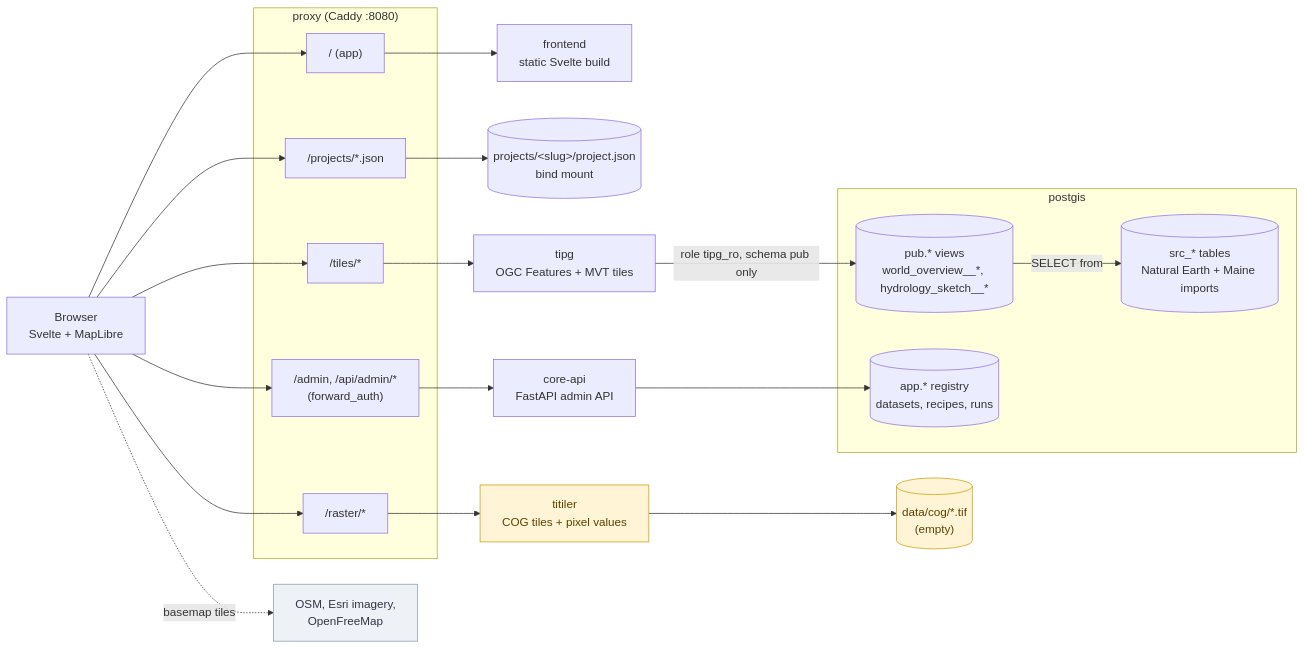
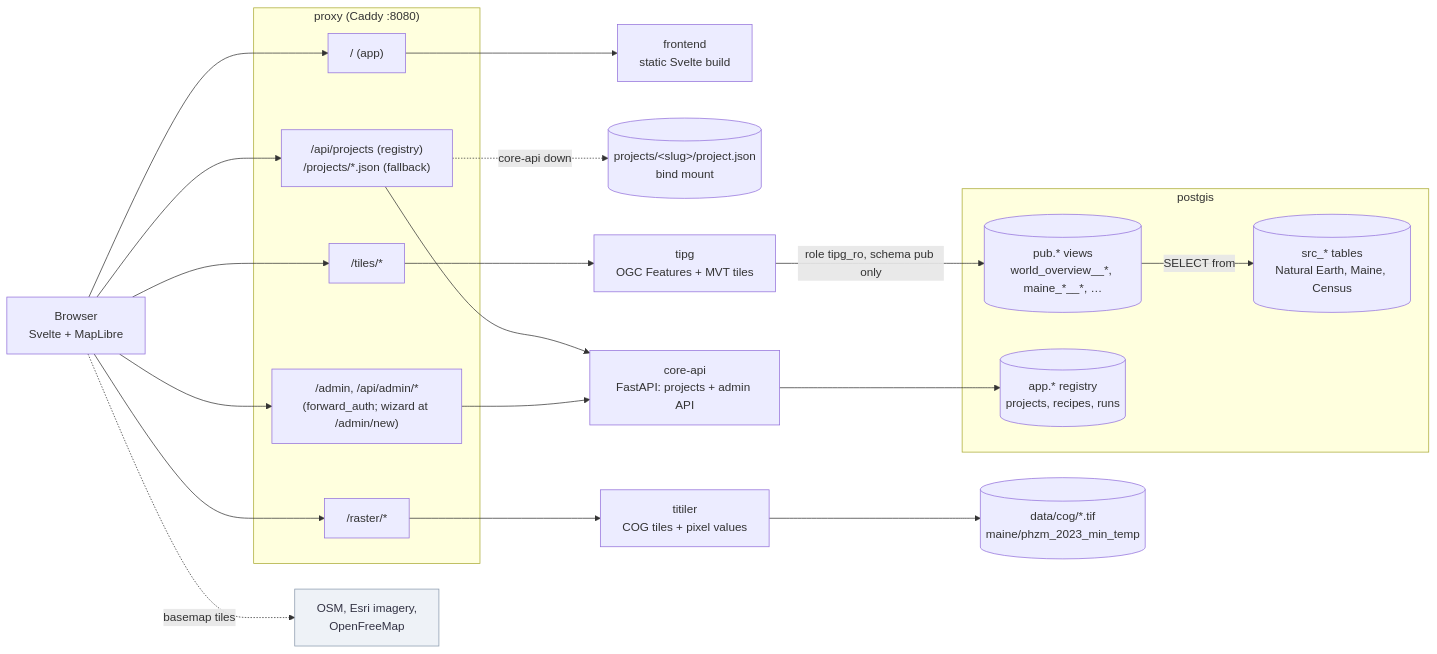
One commit to rwspatial/everything changed the first of 4 diagrams in docs/architecture.md. Above: the diagram before and after it, drawn with Mermaid. The commit also changed other lines of this file and 55 other files, not shown here.

````diff
--- a/docs/architecture.md
+++ b/docs/architecture.md
@@ -17,38 +17,39 @@
 ```mermaid
 flowchart LR
   classDef empty fill:#fff4d6,stroke:#d49a00,color:#5c4200
   classDef ext fill:#eef2f7,stroke:#8a99ad,color:#334
 
   browser["Browser<br/>Svelte + MapLibre"]
 
   subgraph web["proxy (Caddy :8080)"]
     r_app["/ (app)"]
-    r_proj["/projects/*.json"]
+    r_proj["/api/projects (registry)<br/>/projects/*.json (fallback)"]
     r_tiles["/tiles/*"]
     r_raster["/raster/*"]
-    r_admin["/admin, /api/admin/*<br/>(forward_auth)"]
+    r_admin["/admin, /api/admin/*<br/>(forward_auth; wizard at /admin/new)"]
   end
 
   frontend["frontend<br/>static Svelte build"]
   projects[("projects/&lt;slug&gt;/project.json<br/>bind mount")]
   tipg["tipg<br/>OGC Features + MVT tiles"]
-  titiler["titiler<br/>COG tiles + pixel values"]:::empty
-  cog[("data/cog/*.tif<br/>(empty)")]:::empty
-  core_api["core-api<br/>FastAPI admin API"]
+  titiler["titiler<br/>COG tiles + pixel values"]
+  cog[("data/cog/*.tif<br/>maine/phzm_2023_min_temp")]
+  core_api["core-api<br/>FastAPI: projects + admin API"]
 
   subgraph db["postgis"]
-    pub[("pub.* views<br/>world_overview__*, hydrology_sketch__*")]
-    src[("src_* tables<br/>Natural Earth + Maine imports")]
-    app[("app.* registry<br/>datasets, recipes, runs")]
+    pub[("pub.* views<br/>world_overview__*, maine_*__*, …")]
+    src[("src_* tables<br/>Natural Earth, Maine, Census")]
+    app[("app.* registry<br/>projects, recipes, runs")]
   end
 
   basemaps["OSM, Esri imagery,<br/>OpenFreeMap"]:::ext
 
   browser --> r_app --> frontend
-  browser --> r_proj --> projects
+  browser --> r_proj --> core_api
+  r_proj -.->|core-api down| projects
   browser --> r_tiles --> tipg -->|"role tipg_ro, schema pub only"| pub
   browser --> r_raster --> titiler --> cog
   browser --> r_admin --> core_api --> app
   browser -.->|basemap tiles| basemaps
   pub -->|SELECT from| src
 ```
````
